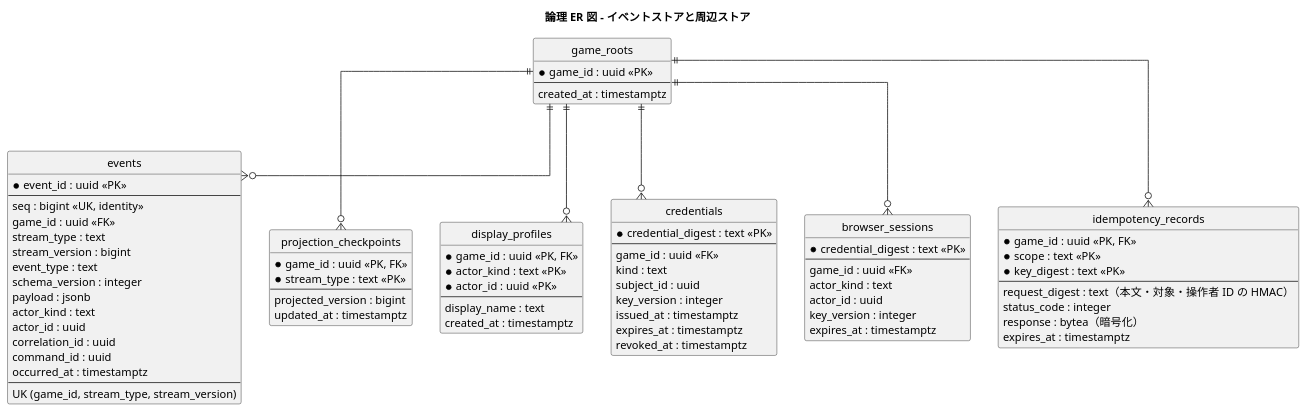
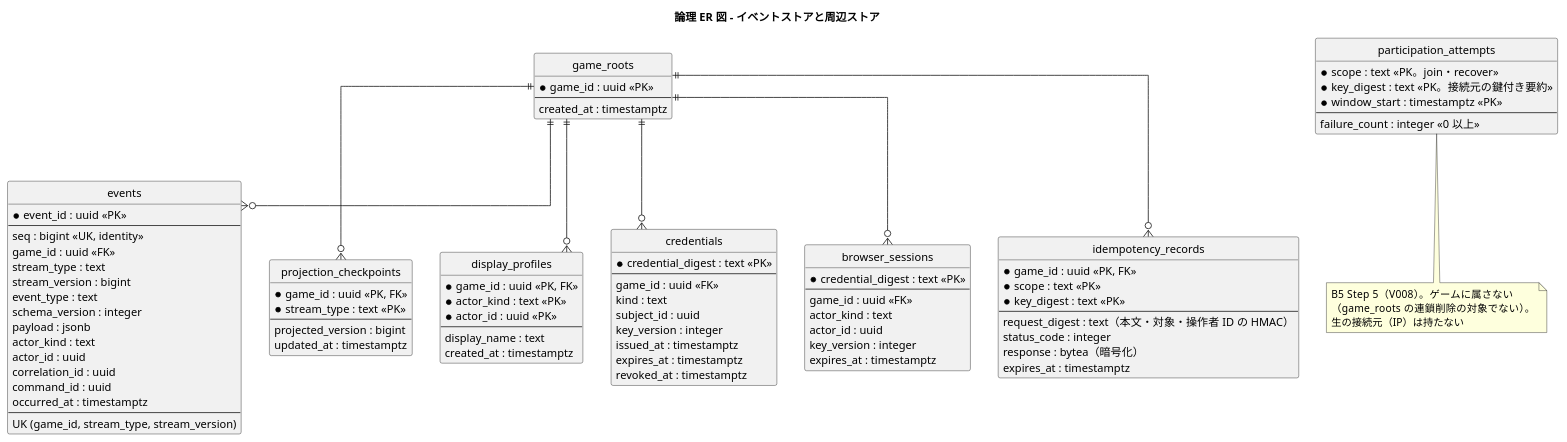
The second of 5 diagrams in docs/design/beer-game-kotlin/data-model.md (k2works/case-study-beer-game-simulation), drawn with PlantUML before and after one commit. The commit also changed other lines of this file and 50 other files, not shown here.

First line of the commit message:
feat(beer-game-kotlin): B5 Step 5 参加の専用レート制限とマイグレーション 007・008（ゲート 5 は未承認）

```diff
--- a/docs/design/beer-game-kotlin/data-model.md
+++ b/docs/design/beer-game-kotlin/data-model.md
@@ -179,6 +180,19 @@
   expires_at : timestamptz
 }
 
+entity "participation_attempts" as attempts {
+  * scope : text <<PK。join・recover>>
+  * key_digest : text <<PK。接続元の鍵付き要約>>
+  * window_start : timestamptz <<PK>>
+  --
+  failure_count : integer <<0 以上>>
+}
+note bottom of attempts
+  B5 Step 5（V008）。ゲームに属さない
+  （game_roots の連鎖削除の対象でない）。
+  生の接続元（IP）は持たない
+end note
+
 roots ||--o{ events
 roots ||--o{ checkpoints
 roots ||--o{ profiles
```
